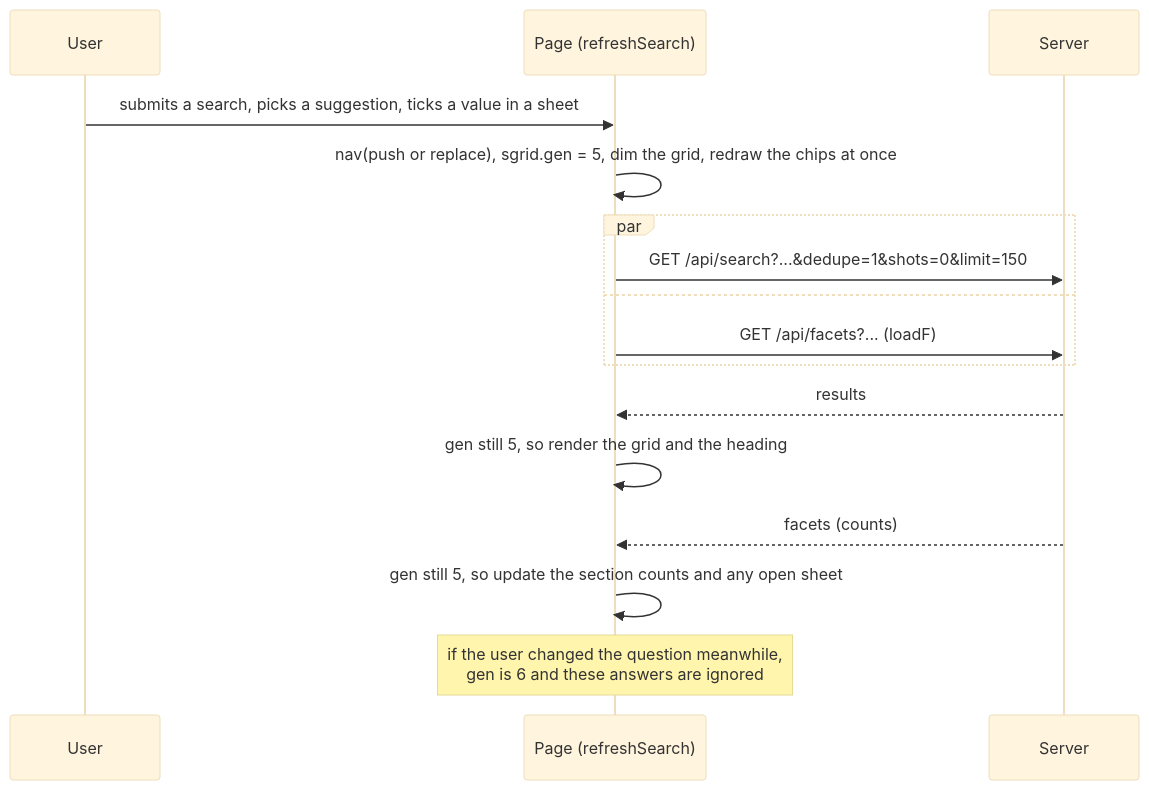
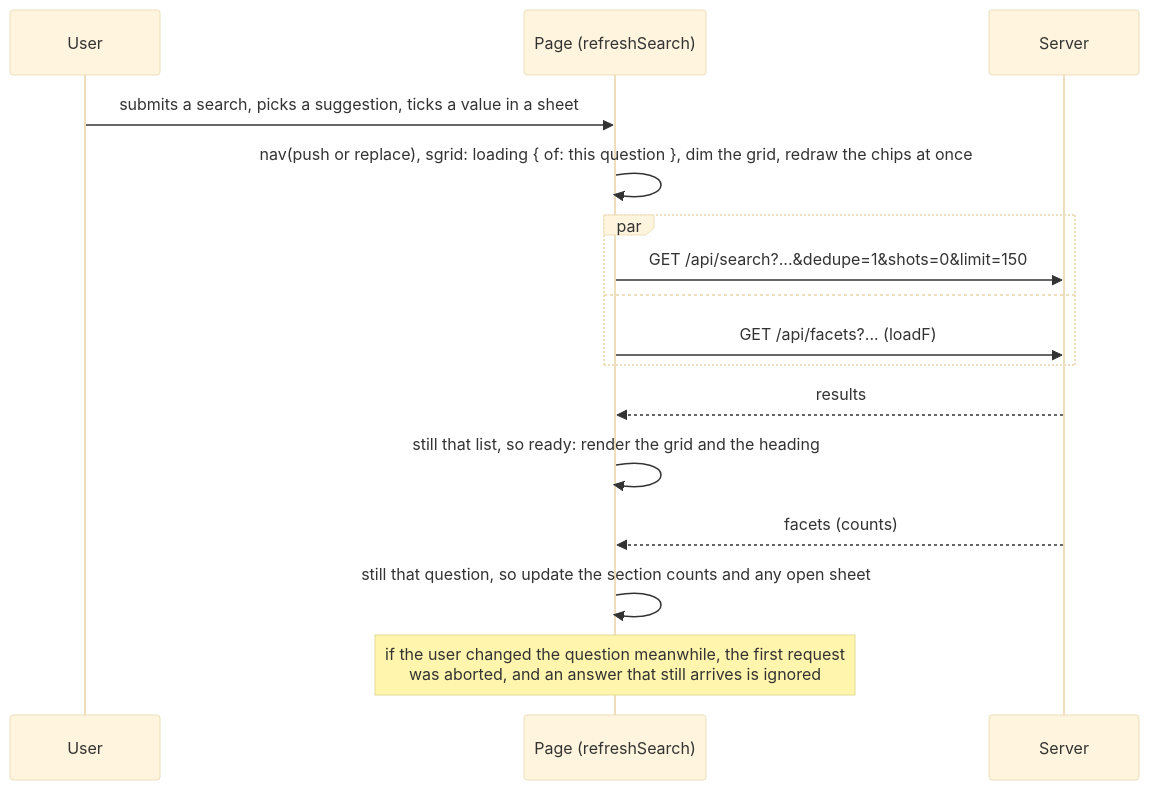
One commit to jflam/photo-estate changed the second of 6 diagrams in docs/book/13-photo-app.md. Above: the diagram before and after it, drawn with Mermaid (base theme). The commit also changed other lines of this file and 23 other files, not shown here.

````diff
--- a/docs/book/13-photo-app.md
+++ b/docs/book/13-photo-app.md
@@ -109,18 +175,18 @@
 ```mermaid
 sequenceDiagram
     participant U as User
     participant P as Page (refreshSearch)
     participant S as Server
     U->>P: submits a search, picks a suggestion, ticks a value in a sheet
-    P->>P: nav(push or replace), sgrid.gen = 5, dim the grid, redraw the chips at once
+    P->>P: nav(push or replace), sgrid: loading { of: this question }, dim the grid, redraw the chips at once
     par
       P->>S: GET /api/search?...&dedupe=1&shots=0&limit=150
     and
       P->>S: GET /api/facets?... (loadF)
     end
     S-->>P: results
-    P->>P: gen still 5, so render the grid and the heading
+    P->>P: still that list, so ready: render the grid and the heading
     S-->>P: facets (counts)
-    P->>P: gen still 5, so update the section counts and any open sheet
-    Note over P: if the user changed the question meanwhile,<br/>gen is 6 and these answers are ignored
+    P->>P: still that question, so update the section counts and any open sheet
+    Note over P: if the user changed the question meanwhile, the first request<br/>was aborted, and an answer that still arrives is ignored
 ```
````
